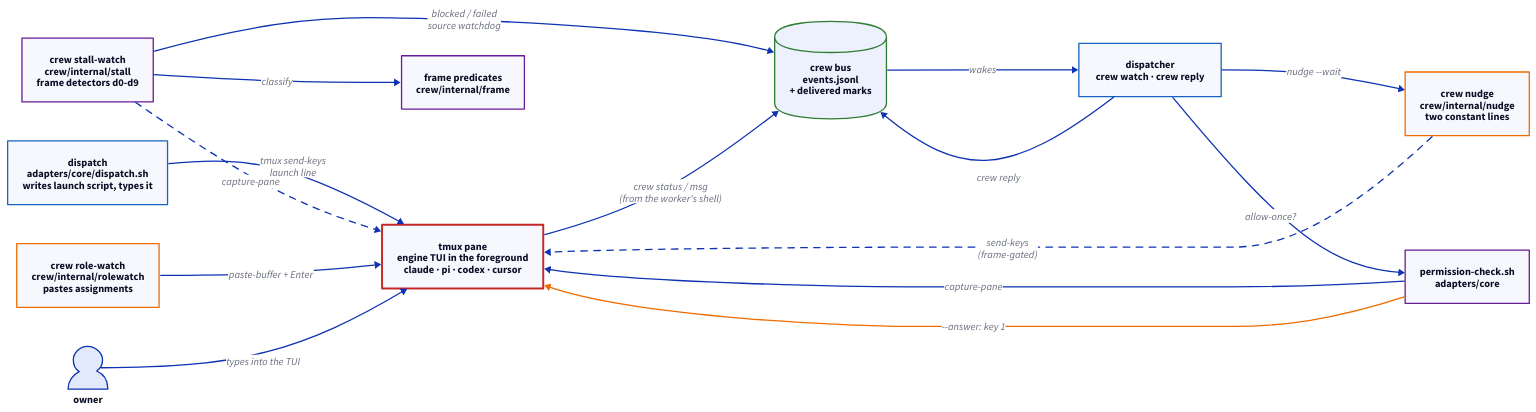
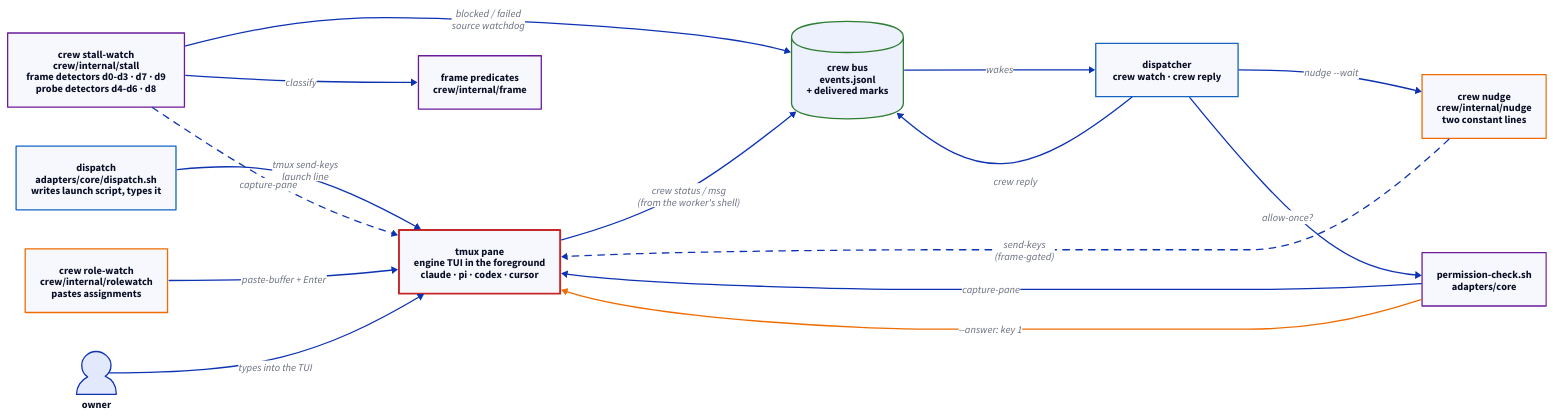
Before and after one commit to noamsto/dispatcher: the diagram in docs/diagrams/2026-11-27-feat-1858-design-production-headless-worker-contro-current.d2, drawn with D2. The commit also changed 6 other files, not shown here.

```diff
--- a/docs/diagrams/2026-11-27-feat-1858-design-production-headless-worker-contro-current.d2
+++ b/docs/diagrams/2026-11-27-feat-1858-design-production-headless-worker-contro-current.d2
@@ -1,38 +1,38 @@
 direction: right
 
 classes: {
   proc: {style: {stroke: "#1565C0"; stroke-width: 2}}
   pane: {style: {stroke: "#C62828"; stroke-width: 3}}
   reader: {style: {stroke: "#6A1B9A"; stroke-width: 2}}
   typist: {style: {stroke: "#EF6C00"; stroke-width: 2}}
   store: {shape: cylinder; style: {stroke: "#2E7D32"; stroke-width: 2}}
 }
 
 dispatch: "dispatch\nadapters/core/dispatch.sh\nwrites launch script, types it" {class: proc}
 pane: "tmux pane\nengine TUI in the foreground\nclaude · pi · codex · cursor" {class: pane}
 
-stall: "crew stall-watch\ncrew/internal/stall\nframe detectors d0-d9" {class: reader}
+stall: "crew stall-watch\ncrew/internal/stall\nframe detectors d0-d3 · d7 · d9\nprobe detectors d4-d6 · d8" {class: reader}
 frame: "frame predicates\ncrew/internal/frame" {class: reader}
 permcheck: "permission-check.sh\nadapters/core" {class: reader}
 
 nudge: "crew nudge\ncrew/internal/nudge\ntwo constant lines" {class: typist}
 rolewatch: "crew role-watch\ncrew/internal/rolewatch\npastes assignments" {class: typist}
 
 bus: "crew bus\nevents.jsonl\n+ delivered marks" {class: store}
 dispatcher: "dispatcher\ncrew watch · crew reply" {class: proc}
 human: "owner" {shape: person}
 
 dispatch -> pane: "tmux send-keys\nlaunch line"
 stall -> pane: "capture-pane" {style.animated: true}
 stall -> frame: classify
 permcheck -> pane: "capture-pane"
 permcheck -> pane: "--answer: key 1" {class: typist}
 nudge -> pane: "send-keys\n(frame-gated)" {style.animated: true}
 rolewatch -> pane: "paste-buffer + Enter"
 stall -> bus: "blocked / failed\nsource watchdog"
 pane -> bus: "crew status / msg\n(from the worker's shell)"
 bus -> dispatcher: wakes
 dispatcher -> bus: "crew reply"
 dispatcher -> nudge: "nudge --wait"
 dispatcher -> permcheck: "allow-once?"
 human -> pane: "types into the TUI"
```
